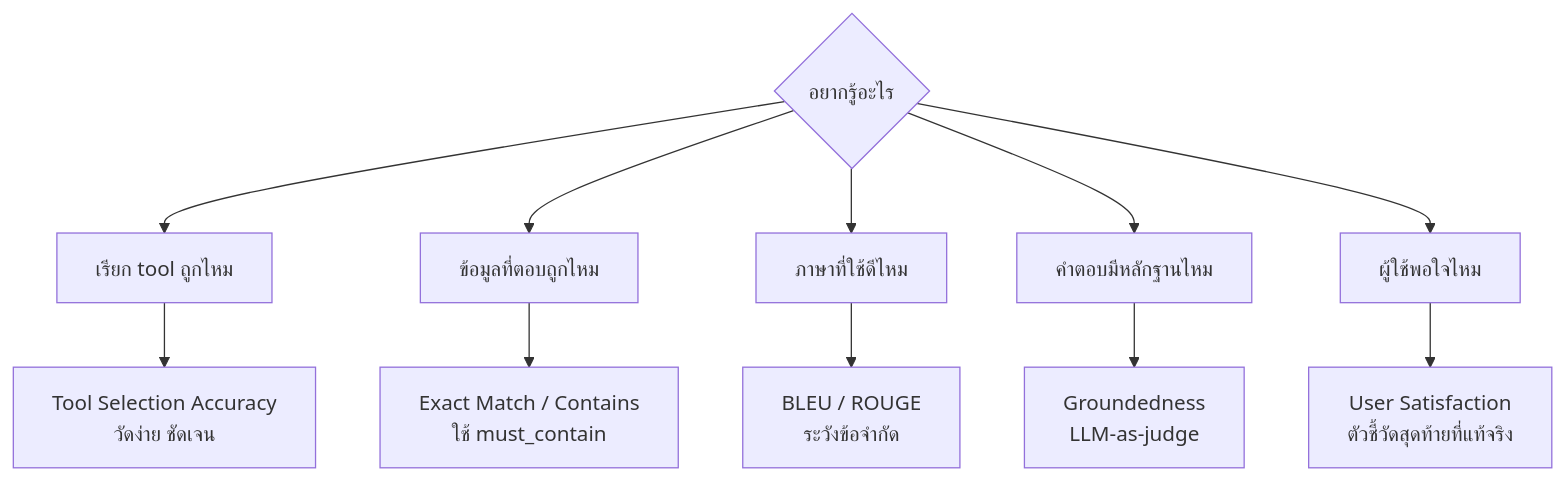
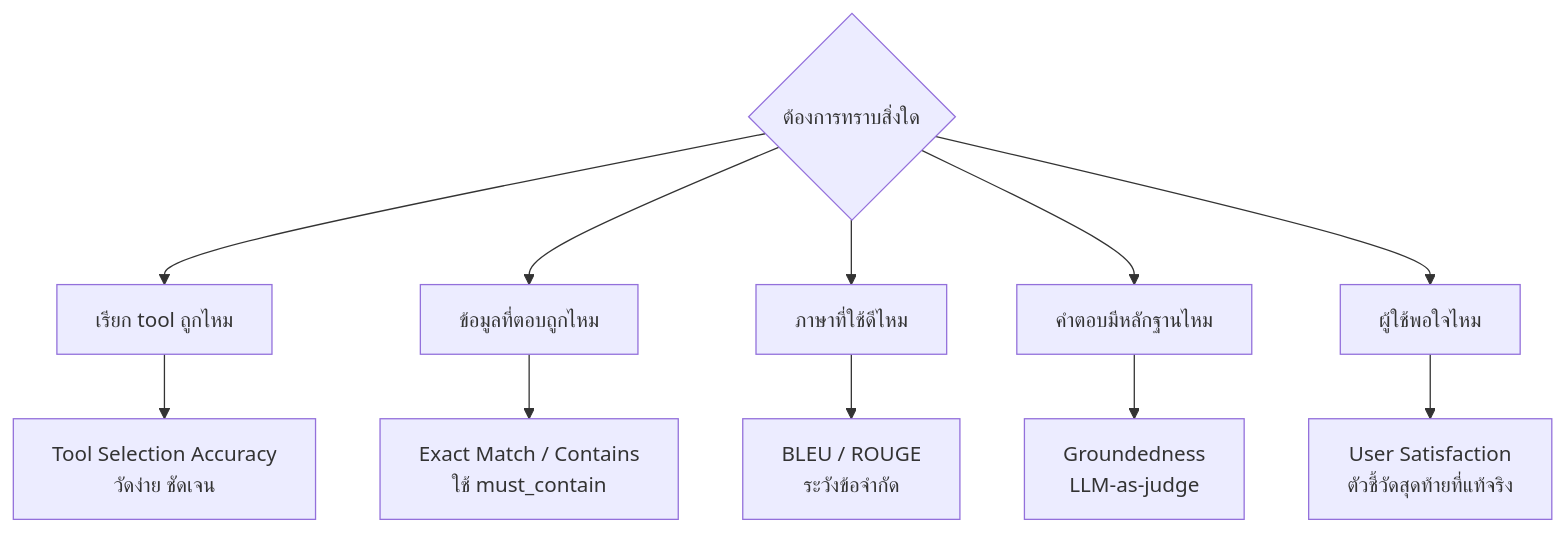
The first of 2 diagrams in INSTRUCTIONS/reference/evaluation-metrics.md (LLM-CE-KMITL/mcp-workshop), drawn with Mermaid before and after one commit. The commit also changed other lines of this file and 53 other files, not shown here.

````diff
--- a/INSTRUCTIONS/reference/evaluation-metrics.md
+++ b/INSTRUCTIONS/reference/evaluation-metrics.md
@@ -9,8 +9,8 @@
 ```mermaid
 flowchart TD
-    Q{"อยากรู้อะไร"} --> A["เรียก tool ถูกไหม"] --> A1["Tool Selection Accuracy<br/>วัดง่าย ชัดเจน"]
+    Q{"ต้องการทราบสิ่งใด"} --> A["เรียก tool ถูกไหม"] --> A1["Tool Selection Accuracy<br/>วัดง่าย ชัดเจน"]
     Q --> B["ข้อมูลที่ตอบถูกไหม"] --> B1["Exact Match / Contains<br/>ใช้ must_contain"]
     Q --> C["ภาษาที่ใช้ดีไหม"] --> C1["BLEU / ROUGE<br/>ระวังข้อจำกัด"]
     Q --> D["คำตอบมีหลักฐานไหม"] --> D1["Groundedness<br/>LLM-as-judge"]
     Q --> E["ผู้ใช้พอใจไหม"] --> E1["User Satisfaction<br/>ตัวชี้วัดสุดท้ายที่แท้จริง"]
 ```
````
